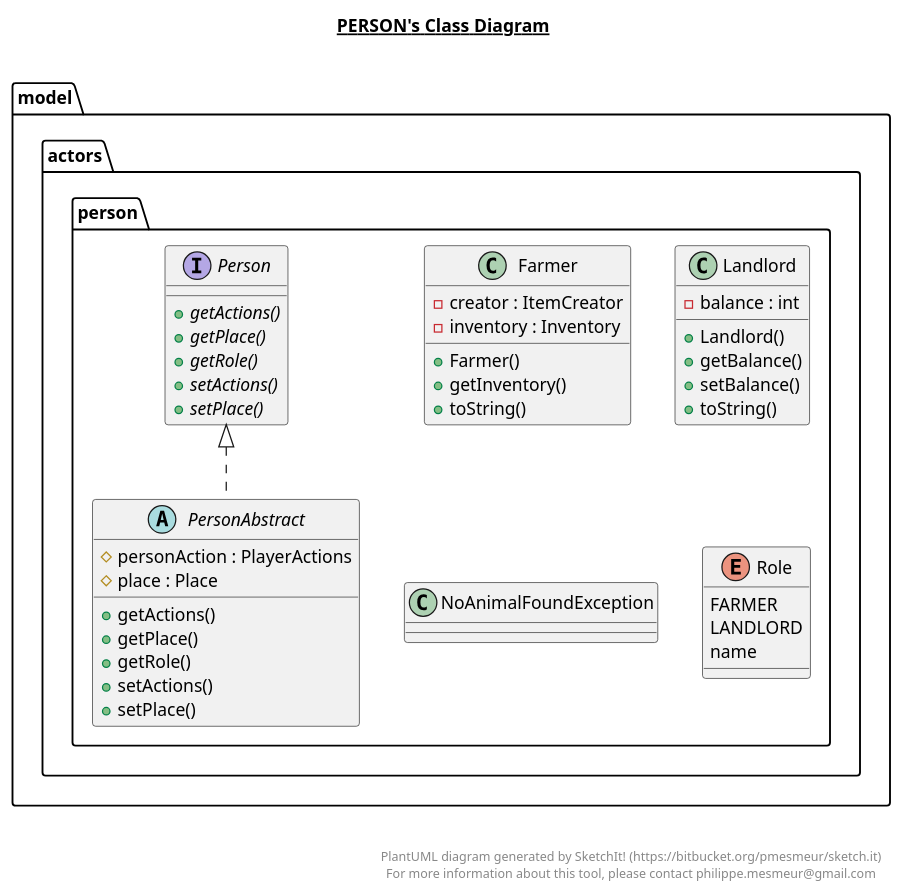
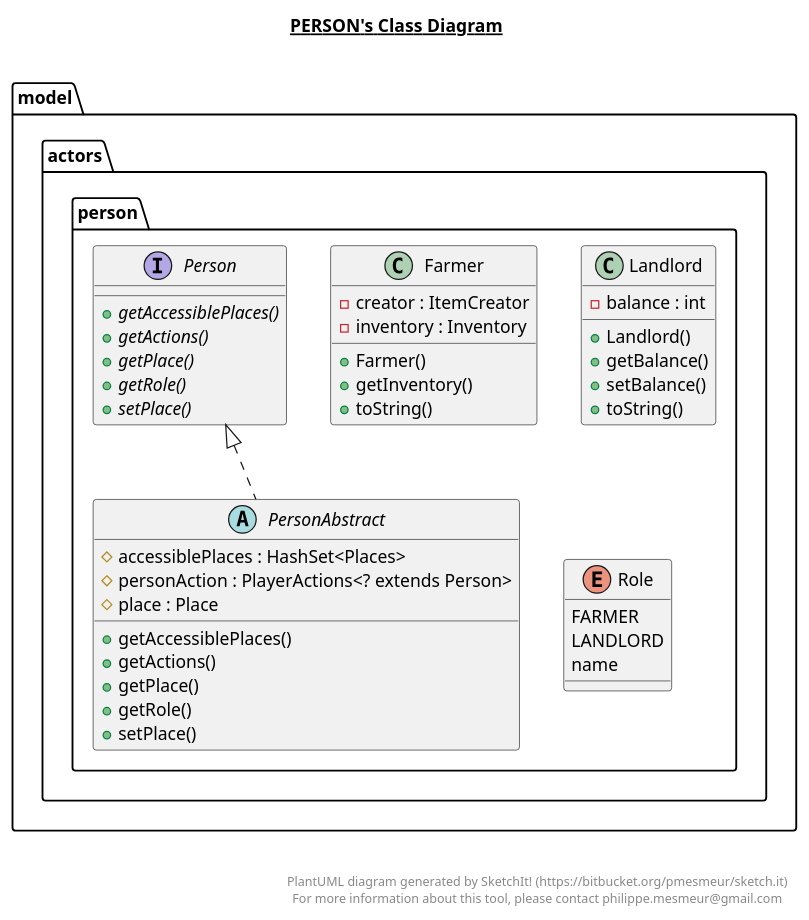
Before and after one commit to itsPinguiz/Progetto_PMO: the diagram in FarmSimulator/src/main/java/model/actors/person/person.plantuml, drawn with PlantUML. The commit also changed 26 other files, not shown here.

```diff
--- a/FarmSimulator/src/main/java/model/actors/person/person.plantuml
+++ b/FarmSimulator/src/main/java/model/actors/person/person.plantuml
@@ -1,90 +1,83 @@
 @startuml
 
 title __PERSON's Class Diagram__\n
 
   namespace model {
     namespace actors.person {
       class model.actors.person.Farmer {
           - creator : ItemCreator
           - inventory : Inventory
           + Farmer()
           + getInventory()
           + toString()
       }
     }
   }
   
 
   namespace model {
     namespace actors.person {
       class model.actors.person.Landlord {
           - balance : int
           + Landlord()
           + getBalance()
           + setBalance()
           + toString()
       }
     }
   }
   
 
   namespace model {
     namespace actors.person {
-      class model.actors.person.NoAnimalFoundException {
-      }
-    }
-  }
-  
-
-  namespace model {
-    namespace actors.person {
       interface model.actors.person.Person {
+          {abstract} + getAccessiblePlaces()
           {abstract} + getActions()
           {abstract} + getPlace()
           {abstract} + getRole()
-          {abstract} + setActions()
           {abstract} + setPlace()
       }
     }
   }
   
 
   namespace model {
     namespace actors.person {
       abstract class model.actors.person.PersonAbstract {
-          # personAction : PlayerActions
+          # accessiblePlaces : HashSet<Places>
+          # personAction : PlayerActions<? extends Person>
           # place : Place
+          + getAccessiblePlaces()
           + getActions()
           + getPlace()
           + getRole()
-          + setActions()
           + setPlace()
       }
     }
   }
   
 
   namespace model {
     namespace actors.person {
       enum Role {
         FARMER
         LANDLORD
         name
       }
     }
   }
   
 
   model.actors.person.PersonAbstract .up.|> Person
   model.actors.person.PersonAbstract o-- model.actors.person.PersonAbstract.Role : role
   model.actors.person.PersonAbstract +-down- model.actors.person.PersonAbstract.Role
 
 
 right footer
 
 
 PlantUML diagram generated by SketchIt! (https://bitbucket.org/pmesmeur/sketch.it)
 For more information about this tool, please contact philippe.mesmeur@gmail.com
 endfooter
 
 @enduml
```
